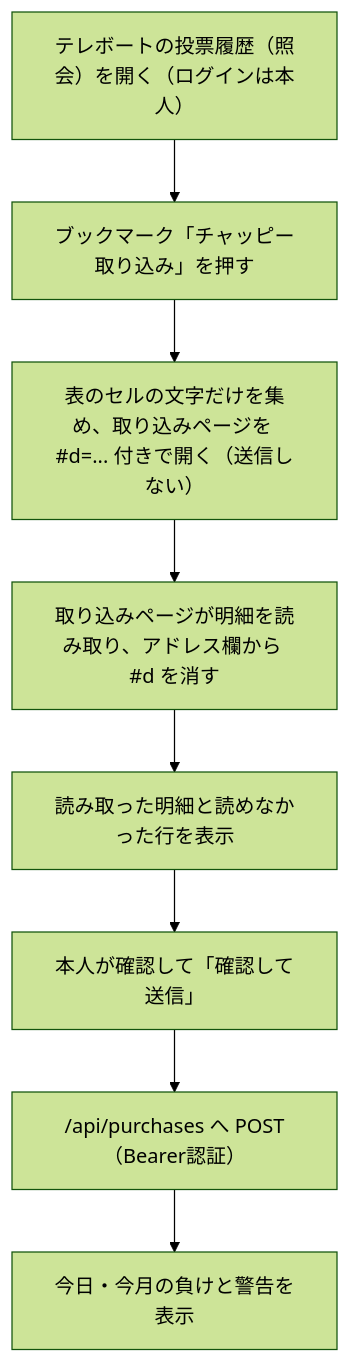
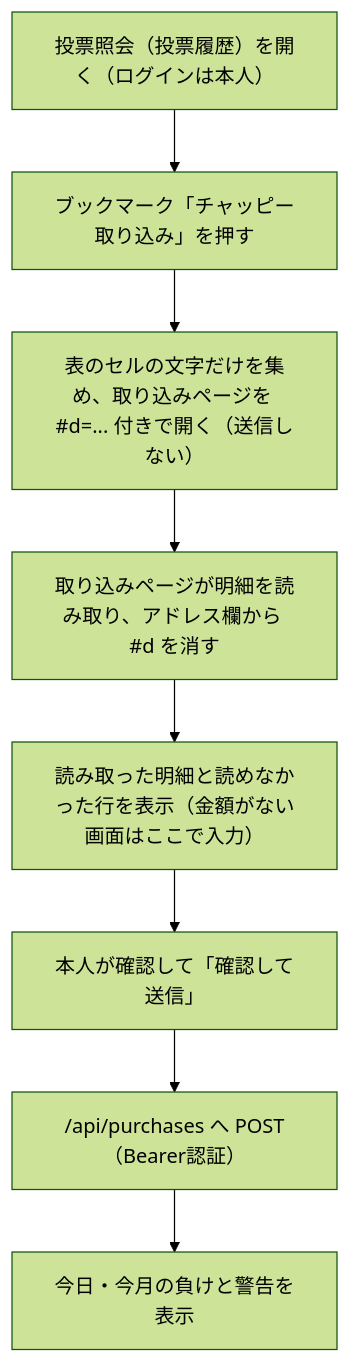
The diagram in docs/purchase-import.md (takechanman12250711-oss/chappy-boatrace-ai), drawn with Mermaid (forest theme) before and after one commit. The commit also changed other lines of this file and 4 other files, not shown here.

````diff
--- a/docs/purchase-import.md
+++ b/docs/purchase-import.md
@@ -14,10 +14,10 @@
 ```mermaid
 flowchart TD
-    A["テレボートの投票履歴（照会）を開く（ログインは本人）"] --> B["ブックマーク「チャッピー取り込み」を押す"]
+    A["投票照会（投票履歴）を開く（ログインは本人）"] --> B["ブックマーク「チャッピー取り込み」を押す"]
     B --> C["表のセルの文字だけを集め、取り込みページを #d=... 付きで開く（送信しない）"]
     C --> D["取り込みページが明細を読み取り、アドレス欄から #d を消す"]
-    D --> E["読み取った明細と読めなかった行を表示"]
+    D --> E["読み取った明細と読めなかった行を表示（金額がない画面はここで入力）"]
     E --> F["本人が確認して「確認して送信」"]
     F --> G["/api/purchases へ POST（Bearer認証）"]
     G --> H["今日・今月の負けと警告を表示"]
 ```
````
